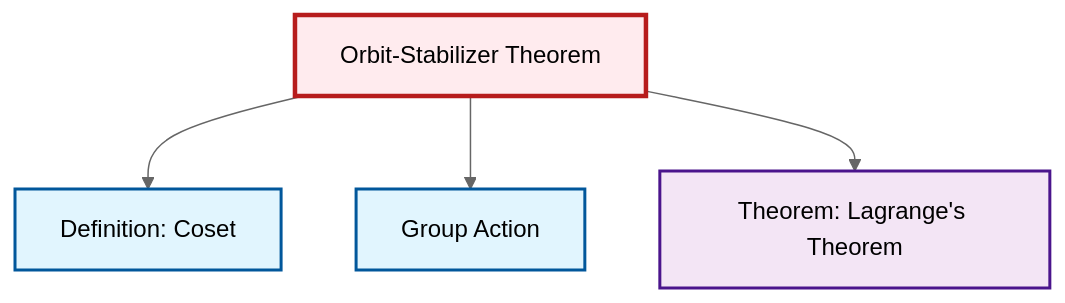
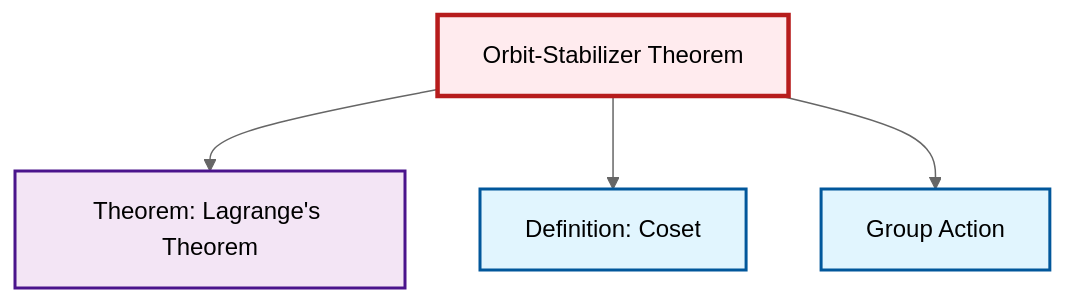
One commit to RK0429/ModernMath changed the diagram in content/ja/algebra/thm-orbit-stabilizer.qmd. Above: the diagram before and after it, drawn with Mermaid (neutral theme). The commit also changed other lines of this file and 654 other files, not shown here.

````diff
--- a/content/ja/algebra/thm-orbit-stabilizer.qmd
+++ b/content/ja/algebra/thm-orbit-stabilizer.qmd
@@ -64,20 +64,20 @@
 ```{mermaid}
 %%| fig-cap: "Local dependency graph"
 graph TD
     classDef definition fill:#e1f5fe,stroke:#01579b,stroke-width:2px
     classDef theorem fill:#f3e5f5,stroke:#4a148c,stroke-width:2px
     classDef axiom fill:#fff3e0,stroke:#e65100,stroke-width:2px
     classDef example fill:#e8f5e9,stroke:#1b5e20,stroke-width:2px
     classDef current fill:#ffebee,stroke:#b71c1c,stroke-width:3px
     def-coset["Definition: Coset"]:::definition
     thm-orbit-stabilizer["Orbit-Stabilizer Theorem"]:::theorem
+    thm-lagrange["Theorem: Lagrange's Theorem"]:::theorem
     def-group-action["Group Action"]:::definition
-    thm-lagrange["Theorem: Lagrange's Theorem"]:::theorem
+    thm-orbit-stabilizer --> thm-lagrange
     thm-orbit-stabilizer --> def-coset
     thm-orbit-stabilizer --> def-group-action
-    thm-orbit-stabilizer --> thm-lagrange
     class thm-orbit-stabilizer current
     click def-coset "def-coset.html" "Definition: Cosetへ"
+    click thm-lagrange "thm-lagrange.html" "Theorem: Lagrange's Theoremへ"
     click def-group-action "def-group-action.html" "Group Actionへ"
-    click thm-lagrange "thm-lagrange.html" "Theorem: Lagrange's Theoremへ"
 ```
````
